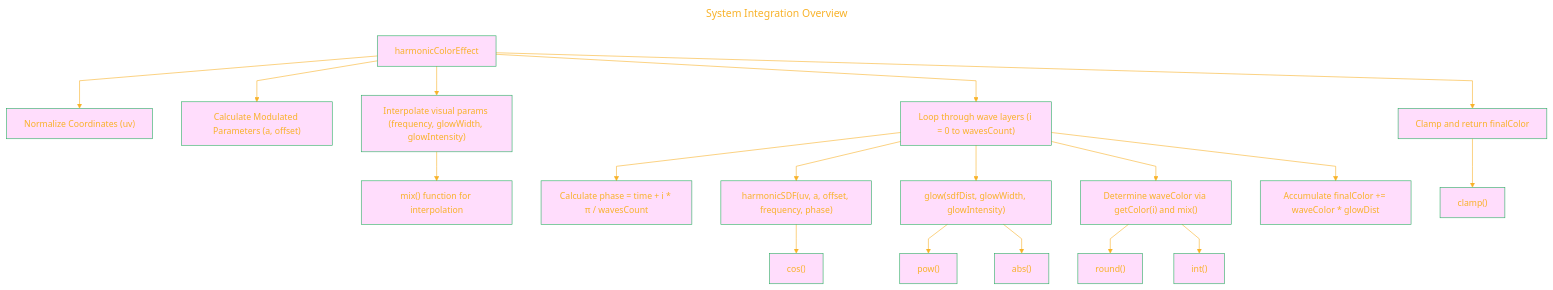
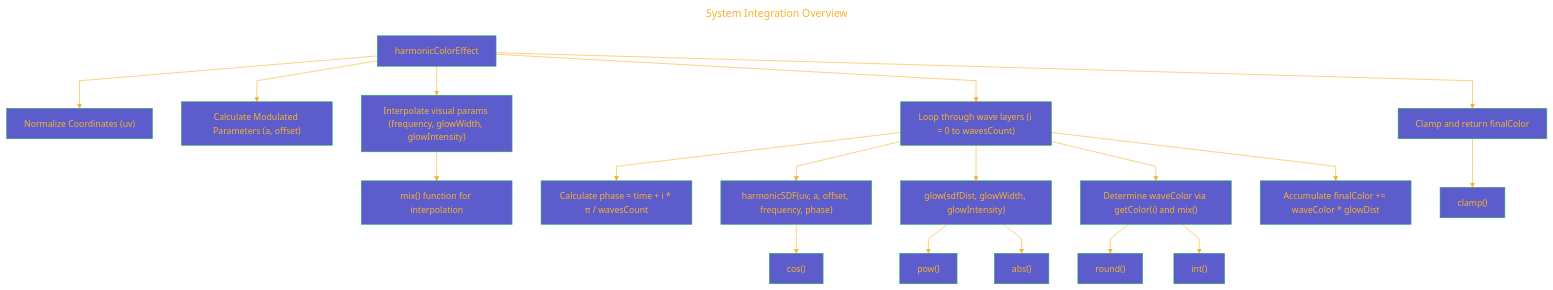
One commit to CongLeSolutionX/Harmonic_Shaders changed the second of 7 diagrams in DOCUMENTATION_Draft_3.md. Above: the diagram before and after it, drawn with Mermaid. The commit also changed other lines of this file, not shown here.

````diff
--- a/DOCUMENTATION_Draft_3.md
+++ b/DOCUMENTATION_Draft_3.md
@@ -104,49 +104,49 @@
 ```mermaid
 ---
 title: "System Integration Overview"
 author: "Cong Le"
 version: "1.0"
 license(s): "MIT, CC BY 4.0"
 copyright: "Copyright (c) 2025 Cong Le. All Rights Reserved."
 config:
   layout: dagre
   theme: base
 ---
 %%%%%%%% Mermaid version v11.4.1-b.14
 %%%%%%%% Available curve styles include the following keywords:
 %% basis, bumpX, bumpY, cardinal, catmullRom, linear, monotoneX, monotoneY, natural, step, stepAfter, stepBefore.
 %%{
   init: {
     'flowchart': { 'htmlLabels': false, 'curve': 'linear' },
     'fontFamily': 'Monaco',
     'themeVariables': {
-      'primaryColor': '#F5E3',
+      'primaryColor': '#22BB',
       'primaryTextColor': '#F8B229',
       'lineColor': '#F8B229',
       'primaryBorderColor': '#27AE60',
       'secondaryColor': '#EBDEF0',
       'secondaryTextColor': '#6C3483',
       'secondaryBorderColor': '#A569BD',
       'fontSize': '15px'
     }
   }
 }%%
 flowchart TD
     HCE["harmonicColorEffect"] --> NORM["Normalize Coordinates (uv)"]
     HCE --> MOD["Calculate Modulated Parameters (a, offset)"]
     HCE --> INTERP["Interpolate visual params (frequency, glowWidth, glowIntensity)"]
     INTERP --> MIXF["mix() function for interpolation"]
     HCE --> LOOP["Loop through wave layers (i = 0 to wavesCount)"]
     LOOP --> PHASE["Calculate phase = time + i * π / wavesCount"]
     LOOP --> CALL_SDF["harmonicSDF(uv, a, offset, frequency, phase)"]
     CALL_SDF --> COS["cos()"]
     LOOP --> CALL_GLOW["glow(sdfDist, glowWidth, glowIntensity)"]
     CALL_GLOW --> POW["pow()"]
     CALL_GLOW --> ABS["abs()"]
     LOOP --> CALL_COLOR["Determine waveColor via getColor(i) and mix()"]
     CALL_COLOR --> ROUND["round()"]
     CALL_COLOR --> INT["int()"]
     LOOP --> ACCUM["Accumulate finalColor += waveColor * glowDist"]
     HCE --> FINAL["Clamp and return finalColor"]
     FINAL --> CLAMP["clamp()"]
 ```
````
